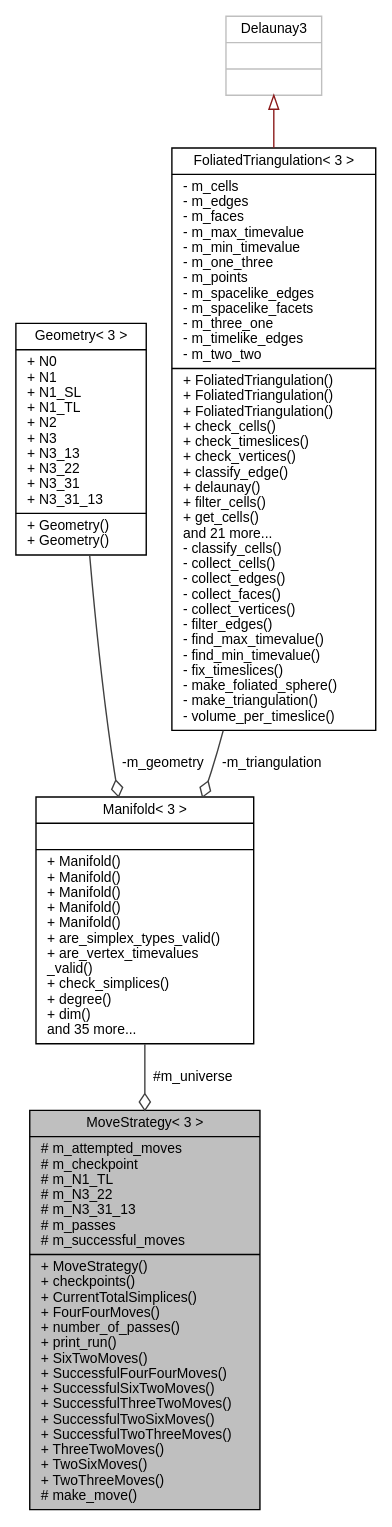
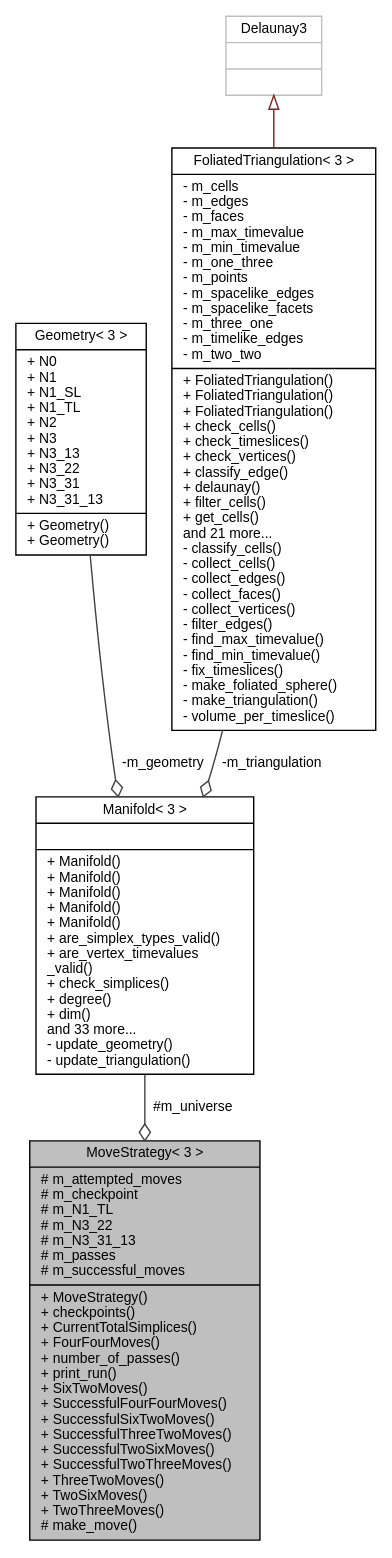
One commit to acgetchell/CDT-plusplus changed the diagram in class_move_strategy_3_013_01_4__coll__graph.dot. Above: the diagram before and after it, drawn with Graphviz. The commit also changed 232 other files, not shown here.

```diff
--- a/class_move_strategy_3_013_01_4__coll__graph.dot
+++ b/class_move_strategy_3_013_01_4__coll__graph.dot
@@ -1,15 +1,15 @@
 digraph "MoveStrategy&lt; 3 &gt;"
 {
  // LATEX_PDF_SIZE
   edge [fontname="Helvetica",fontsize="10",labelfontname="Helvetica",labelfontsize="10"];
   node [fontname="Helvetica",fontsize="10",shape=record];
   Node1 [label="{MoveStrategy\< 3 \>\n|# m_attempted_moves\l# m_checkpoint\l# m_N1_TL\l# m_N3_22\l# m_N3_31_13\l# m_passes\l# m_successful_moves\l|+ MoveStrategy()\l+ checkpoints()\l+ CurrentTotalSimplices()\l+ FourFourMoves()\l+ number_of_passes()\l+ print_run()\l+ SixTwoMoves()\l+ SuccessfulFourFourMoves()\l+ SuccessfulSixTwoMoves()\l+ SuccessfulThreeTwoMoves()\l+ SuccessfulTwoSixMoves()\l+ SuccessfulTwoThreeMoves()\l+ ThreeTwoMoves()\l+ TwoSixMoves()\l+ TwoThreeMoves()\l# make_move()\l}",height=0.2,width=0.4,color="black", fillcolor="grey75", style="filled", fontcolor="black",tooltip=" "];
   Node2 -> Node1 [color="grey25",fontsize="10",style="solid",label=" #m_universe" ,arrowhead="odiamond",fontname="Helvetica"];
-  Node2 [label="{Manifold\< 3 \>\n||+ Manifold()\l+ Manifold()\l+ Manifold()\l+ Manifold()\l+ Manifold()\l+ are_simplex_types_valid()\l+ are_vertex_timevalues\l_valid()\l+ check_simplices()\l+ degree()\l+ dim()\land 35 more...\l}",height=0.2,width=0.4,color="black", fillcolor="white", style="filled",URL="$class_manifold_3_013_01_4.html",tooltip="3D Manifold"];
+  Node2 [label="{Manifold\< 3 \>\n||+ Manifold()\l+ Manifold()\l+ Manifold()\l+ Manifold()\l+ Manifold()\l+ are_simplex_types_valid()\l+ are_vertex_timevalues\l_valid()\l+ check_simplices()\l+ degree()\l+ dim()\land 33 more...\l- update_geometry()\l- update_triangulation()\l}",height=0.2,width=0.4,color="black", fillcolor="white", style="filled",URL="$class_manifold_3_013_01_4.html",tooltip="3D Manifold"];
   Node3 -> Node2 [color="grey25",fontsize="10",style="solid",label=" -m_geometry" ,arrowhead="odiamond",fontname="Helvetica"];
   Node3 [label="{Geometry\< 3 \>\n|+ N0\l+ N1\l+ N1_SL\l+ N1_TL\l+ N2\l+ N3\l+ N3_13\l+ N3_22\l+ N3_31\l+ N3_31_13\l|+ Geometry()\l+ Geometry()\l}",height=0.2,width=0.4,color="black", fillcolor="white", style="filled",URL="$struct_geometry_3_013_01_4.html",tooltip="3D Geometry"];
   Node4 -> Node2 [color="grey25",fontsize="10",style="solid",label=" -m_triangulation" ,arrowhead="odiamond",fontname="Helvetica"];
   Node4 [label="{FoliatedTriangulation\< 3 \>\n|- m_cells\l- m_edges\l- m_faces\l- m_max_timevalue\l- m_min_timevalue\l- m_one_three\l- m_points\l- m_spacelike_edges\l- m_spacelike_facets\l- m_three_one\l- m_timelike_edges\l- m_two_two\l|+ FoliatedTriangulation()\l+ FoliatedTriangulation()\l+ FoliatedTriangulation()\l+ check_cells()\l+ check_timeslices()\l+ check_vertices()\l+ classify_edge()\l+ delaunay()\l+ filter_cells()\l+ get_cells()\land 21 more...\l- classify_cells()\l- collect_cells()\l- collect_edges()\l- collect_faces()\l- collect_vertices()\l- filter_edges()\l- find_max_timevalue()\l- find_min_timevalue()\l- fix_timeslices()\l- make_foliated_sphere()\l- make_triangulation()\l- volume_per_timeslice()\l}",height=0.2,width=0.4,color="black", fillcolor="white", style="filled",URL="$class_foliated_triangulation_3_013_01_4.html",tooltip="3D Triangulation"];
   Node5 -> Node4 [dir="back",color="firebrick4",fontsize="10",style="solid",arrowtail="onormal",fontname="Helvetica"];
   Node5 [label="{Delaunay3\n||}",height=0.2,width=0.4,color="grey75", fillcolor="white", style="filled",tooltip=" "];
 }
```
